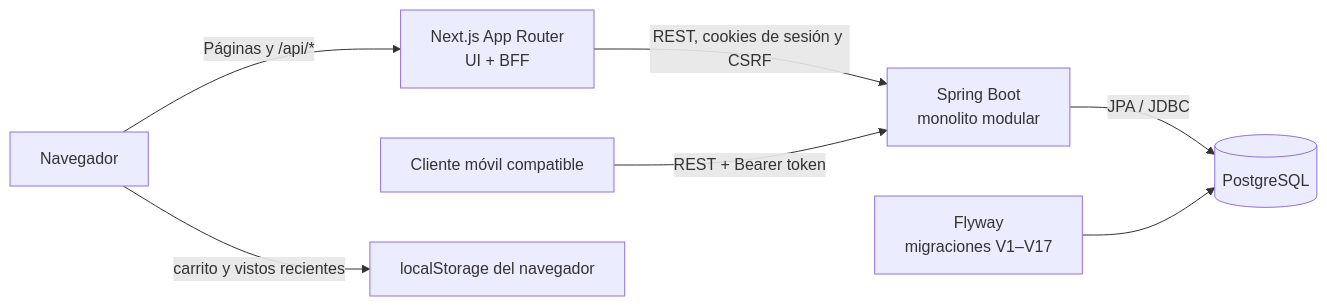
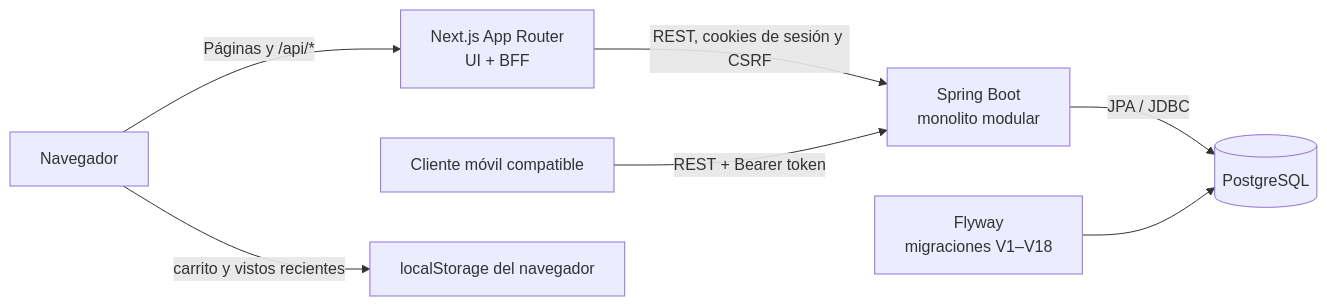
One commit to EmirGutierrez/nexo-e-commerce changed the diagram in docs/contexto-proyecto.md. Above: the diagram before and after it, drawn with Mermaid. The commit also changed other lines of this file and 21 other files, not shown here.

````diff
--- a/docs/contexto-proyecto.md
+++ b/docs/contexto-proyecto.md
@@ -13,9 +13,9 @@
 ```mermaid
 flowchart LR
     Browser["Navegador"] -->|Páginas y /api/*| Next["Next.js App Router<br/>UI + BFF"]
     Next -->|REST, cookies de sesión y CSRF| Spring["Spring Boot<br/>monolito modular"]
     Mobile["Cliente móvil compatible"] -->|REST + Bearer token| Spring
     Spring -->|JPA / JDBC| PG[("PostgreSQL")]
-    Flyway["Flyway<br/>migraciones V1–V17"] --> PG
+    Flyway["Flyway<br/>migraciones V1–V18"] --> PG
     Browser -->|carrito y vistos recientes| Local["localStorage del navegador"]
 ```
````
